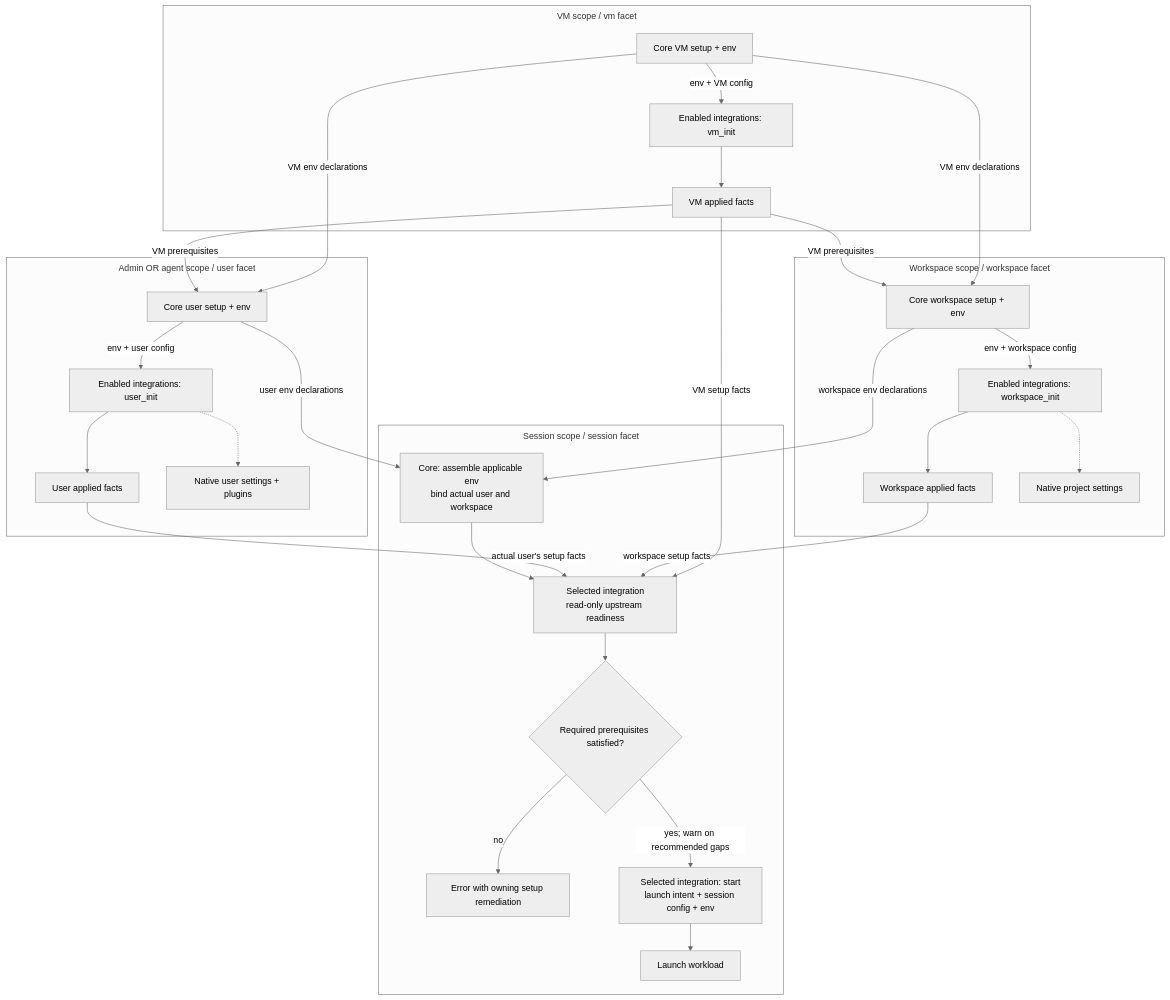
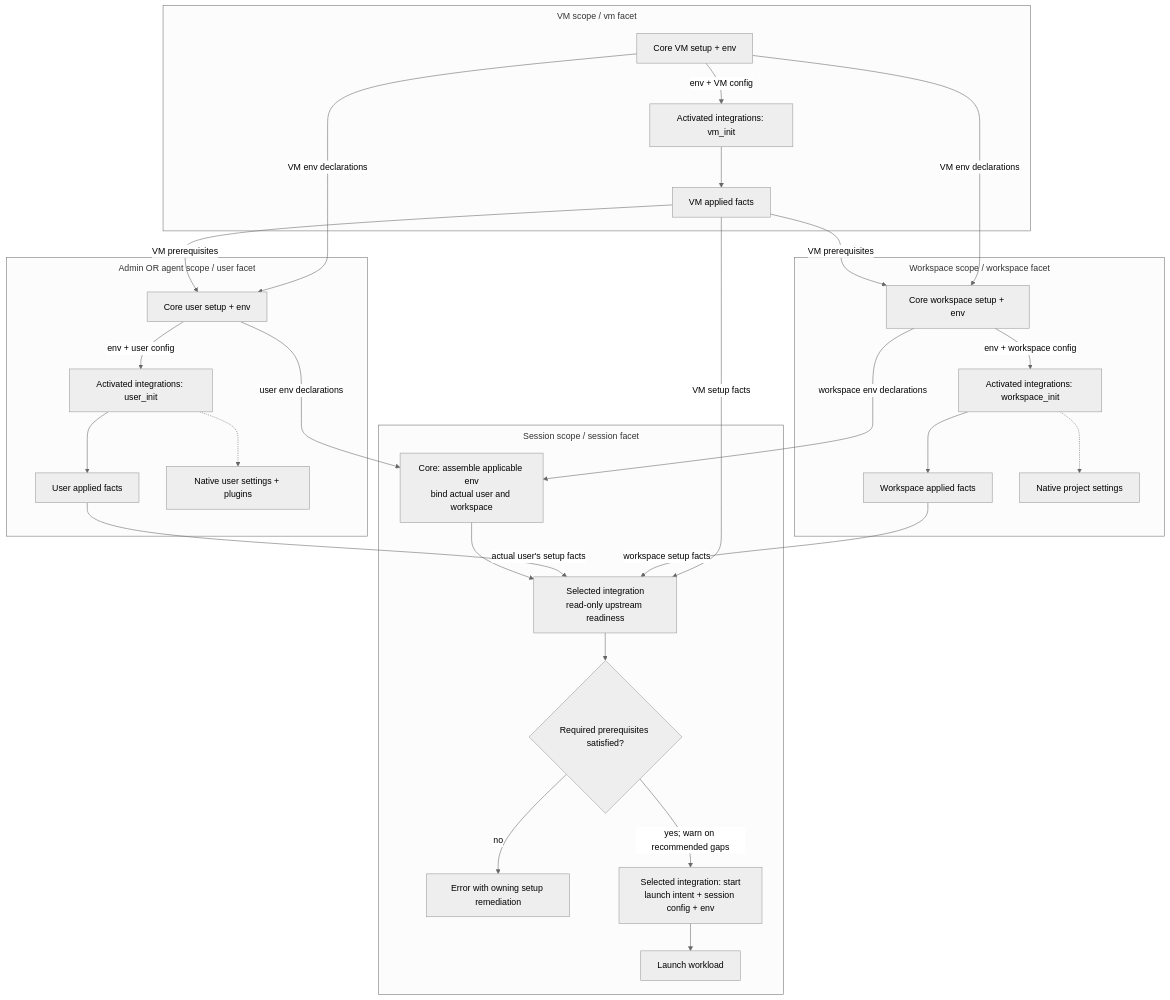
The diagram in docs/sdd/2026-09-06-harness-scope-framework/hla.md (WayfarerLabs/agentworks), drawn with Mermaid (neutral theme) before and after one commit. The commit also changed other lines of this file and 13 other files, not shown here.

````diff
--- a/docs/sdd/2026-09-06-harness-scope-framework/hla.md
+++ b/docs/sdd/2026-09-06-harness-scope-framework/hla.md
@@ -26,41 +26,41 @@
 ```mermaid
 ---
 config:
   flowchart:
     subGraphTitleMargin:
       top: 8
       bottom: 18
 ---
 flowchart TB
     subgraph VM["VM scope / vm facet"]
-        VC["Core VM setup + env"] -->|"env + VM config"| VH["Enabled integrations: vm_init"]
+        VC["Core VM setup + env"] -->|"env + VM config"| VH["Activated integrations: vm_init"]
         VH --> VS["VM applied facts"]
     end
     subgraph User["Admin OR agent scope / user facet"]
-        UC["Core user setup + env"] -->|"env + user config"| UH["Enabled integrations: user_init"]
+        UC["Core user setup + env"] -->|"env + user config"| UH["Activated integrations: user_init"]
         UH --> US["User applied facts"]
         UH -.-> UN["Native user settings + plugins"]
     end
     subgraph Workspace["Workspace scope / workspace facet"]
-        WC["Core workspace setup + env"] -->|"env + workspace config"| WH["Enabled integrations: workspace_init"]
+        WC["Core workspace setup + env"] -->|"env + workspace config"| WH["Activated integrations: workspace_init"]
         WH --> WS["Workspace applied facts"]
         WH -.-> WN["Native project settings"]
     end
     VS -->|"VM prerequisites"| UC
     VS -->|"VM prerequisites"| WC
     VC -->|"VM env declarations"| UC
     VC -->|"VM env declarations"| WC
     subgraph Session["Session scope / session facet"]
         SC["Core: assemble applicable env<br/>bind actual user and workspace"]
         SC --> Ready["Selected integration<br/>read-only upstream readiness"]
         Ready --> Decision{"Required prerequisites satisfied?"}
         Decision -->|"no"| Error["Error with owning setup remediation"]
         Decision -->|"yes; warn on recommended gaps"| SH["Selected integration: start<br/>launch intent + session config + env"]
         SH --> Launch["Launch workload"]
     end
     UC -->|"user env declarations"| SC
     WC -->|"workspace env declarations"| SC
     US -->|"actual user's setup facts"| Ready
     WS -->|"workspace setup facts"| Ready
     VS -->|"VM setup facts"| Ready
 ```
````
